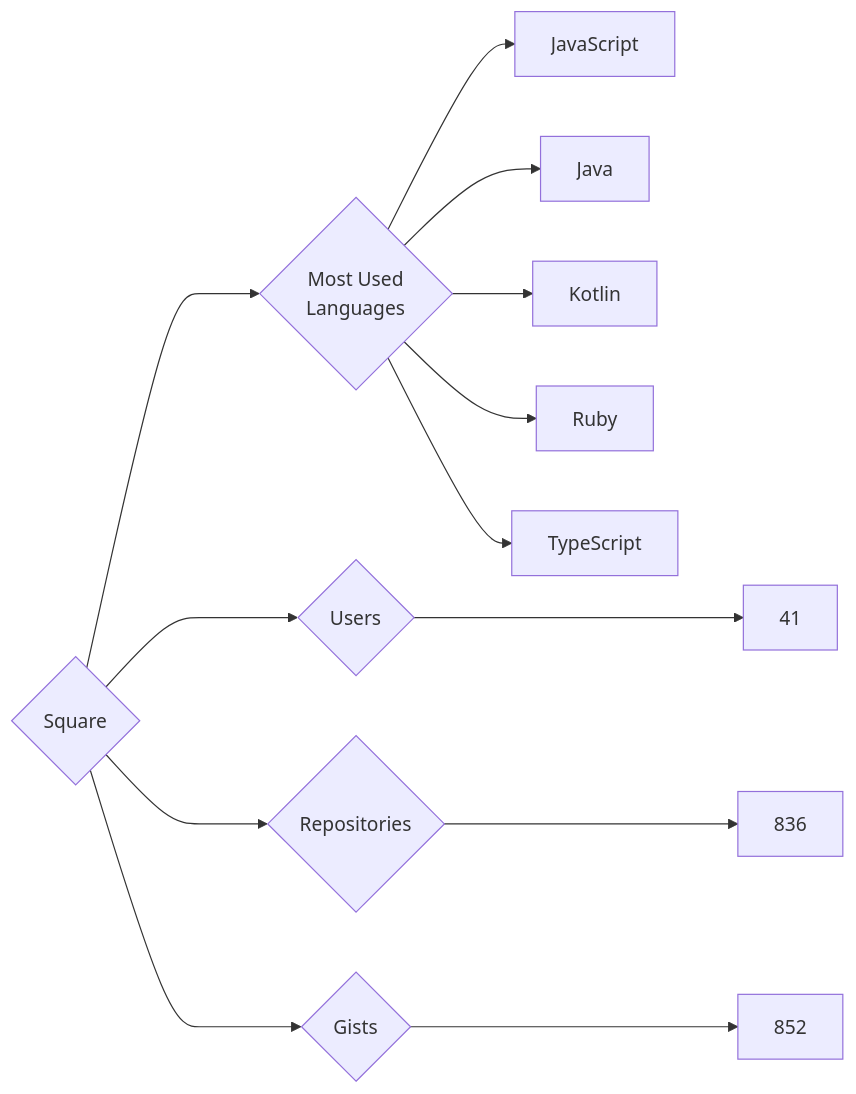
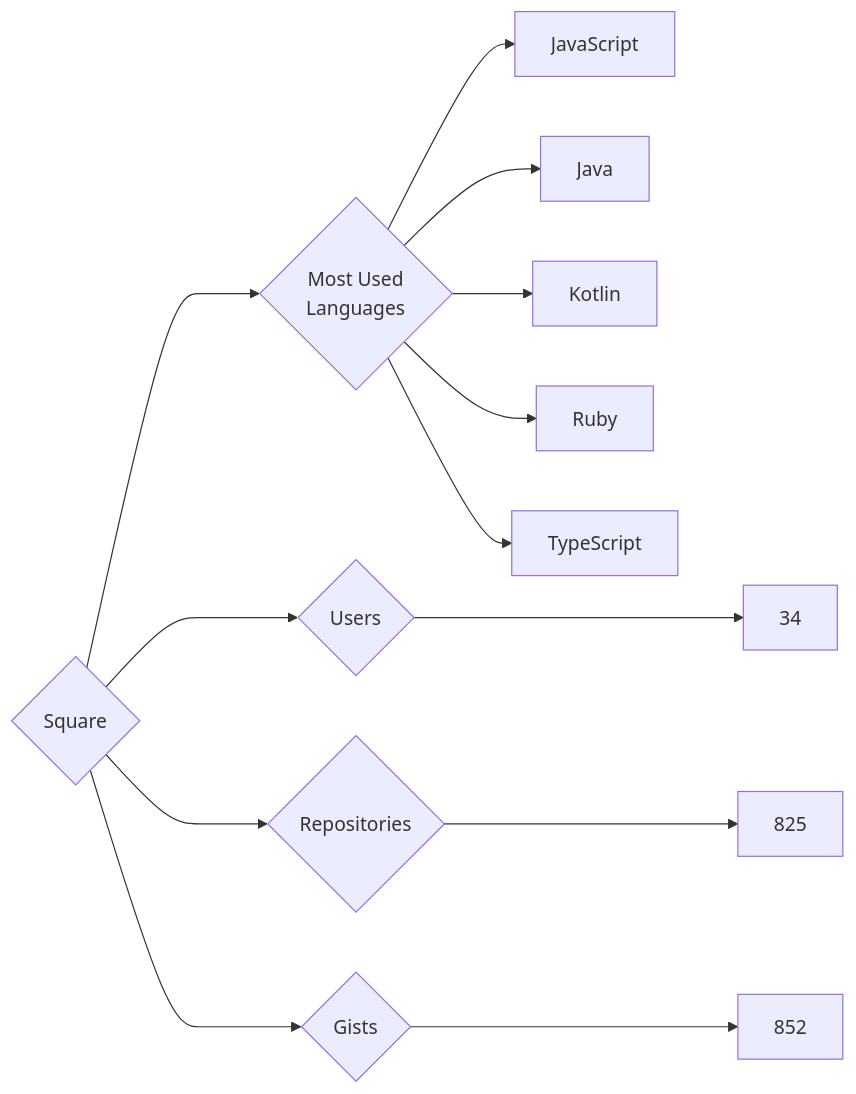
One commit to trickest/insiders changed the diagram in targets/Square/README.md. Above: the diagram before and after it, drawn with Mermaid. The commit also changed 1248 other files, not shown here.

````diff
--- a/targets/Square/README.md
+++ b/targets/Square/README.md
@@ -3,13 +3,13 @@
 ```mermaid
 graph LR
 COMPANY_NAME{Square}
-COMPANY_NAME ---> U{Users} ---> UN[41]
-COMPANY_NAME ---> R{Repositories} ---> RN[836]
+COMPANY_NAME ---> U{Users} ---> UN[34]
+COMPANY_NAME ---> R{Repositories} ---> RN[825]
 COMPANY_NAME ---> G{Gists} ---> GN[852]
 COMPANY_NAME ---> ML{Most Used<br>Languages}
 ML --> JavaScript[JavaScript]
 ML --> Java[Java]
 ML --> Kotlin[Kotlin]
 ML --> Ruby[Ruby]
 ML --> TypeScript[TypeScript]
 ```
````
